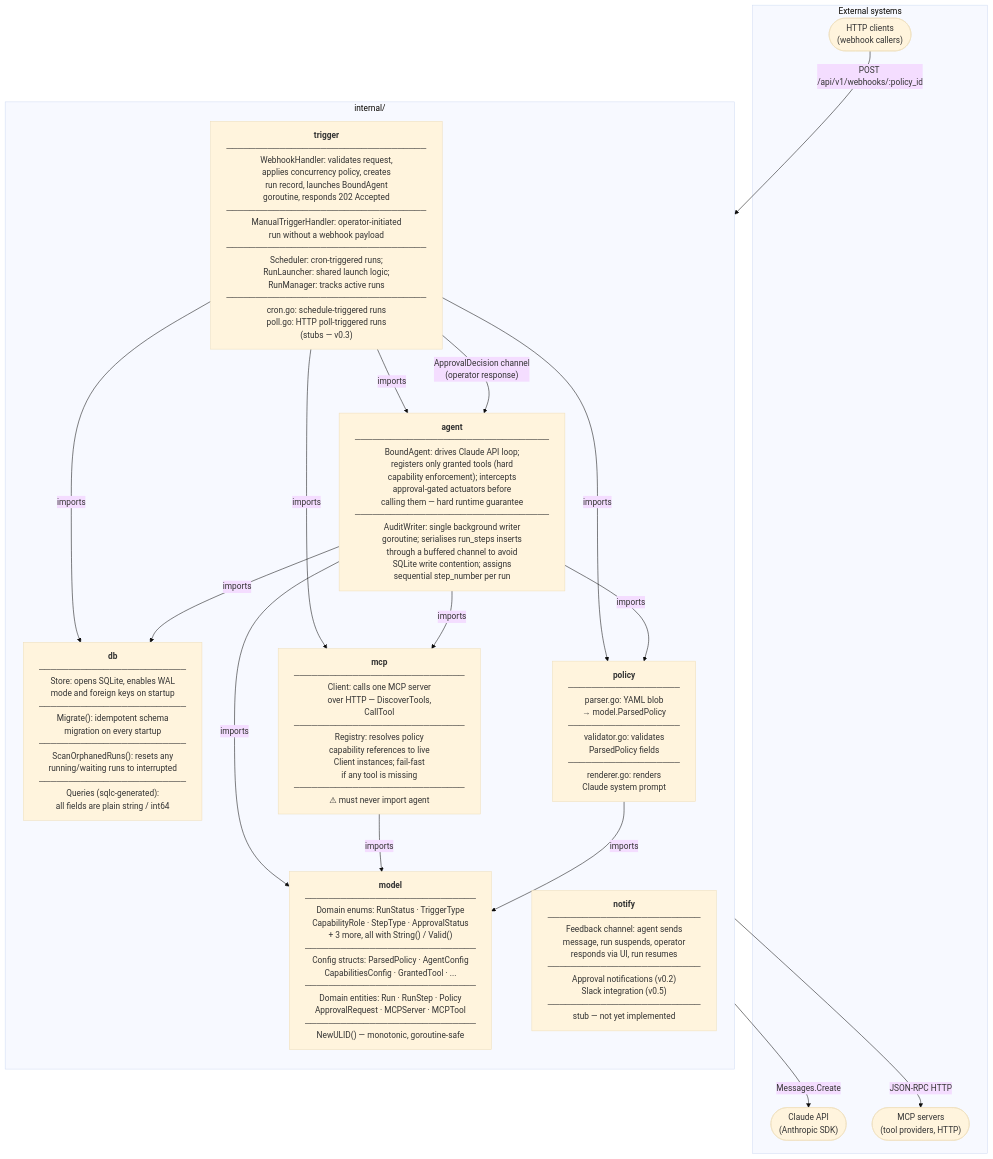
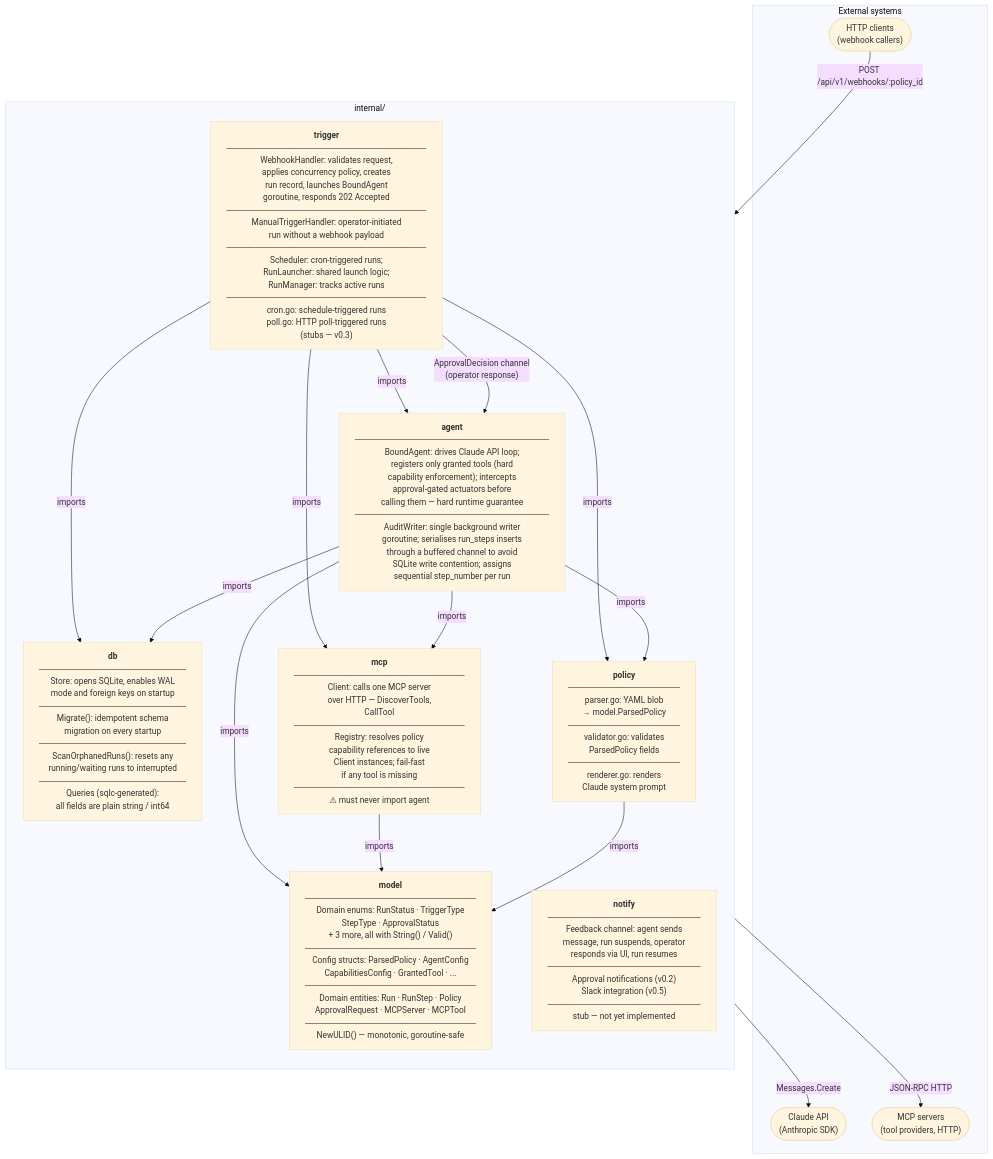
One commit to Felag-Engineering/gleipnir changed the first of 2 diagrams in docs/architecture.md. Above: the diagram before and after it, drawn with Mermaid (base theme). The commit also changed 54 other files, not shown here.

First line of the commit message:
feat: remove capability_role from MCP tools (#436) (#464)

````diff
--- a/docs/architecture.md
+++ b/docs/architecture.md
@@ -7,52 +7,52 @@
 ```mermaid
 graph TD
     subgraph ext["External systems"]
         HTTP(["HTTP clients\n(webhook callers)"])
         CLAUDE(["Claude API\n(Anthropic SDK)"])
         MCPEXT(["MCP servers\n(tool providers, HTTP)"])
     end
 
     subgraph pkgs["internal/"]
         direction TB
 
-        MODEL["<b>model</b><br/>─────────────────────────────<br/>Domain enums: RunStatus · TriggerType<br/>CapabilityRole · StepType · ApprovalStatus<br/>+ 3 more, all with String() / Valid()<br/>─────────────────────────────<br/>Config structs: ParsedPolicy · AgentConfig<br/>CapabilitiesConfig · GrantedTool · ...<br/>─────────────────────────────<br/>Domain entities: Run · RunStep · Policy<br/>ApprovalRequest · MCPServer · MCPTool<br/>─────────────────────────────<br/>NewULID() — monotonic, goroutine-safe"]
+        MODEL["<b>model</b><br/>─────────────────────────────<br/>Domain enums: RunStatus · TriggerType<br/>StepType · ApprovalStatus<br/>+ 3 more, all with String() / Valid()<br/>─────────────────────────────<br/>Config structs: ParsedPolicy · AgentConfig<br/>CapabilitiesConfig · GrantedTool · ...<br/>─────────────────────────────<br/>Domain entities: Run · RunStep · Policy<br/>ApprovalRequest · MCPServer · MCPTool<br/>─────────────────────────────<br/>NewULID() — monotonic, goroutine-safe"]
 
         DB["<b>db</b><br/>─────────────────────────<br/>Store: opens SQLite, enables WAL<br/>mode and foreign keys on startup<br/>─────────────────────────<br/>Migrate(): idempotent schema<br/>migration on every startup<br/>─────────────────────────<br/>ScanOrphanedRuns(): resets any<br/>running/waiting runs to interrupted<br/>─────────────────────────<br/>Queries (sqlc-generated):<br/>all fields are plain string / int64"]
 
         POLICY["<b>policy</b><br/>───────────────────<br/>parser.go: YAML blob<br/>→ model.ParsedPolicy<br/>───────────────────<br/>validator.go: validates<br/>ParsedPolicy fields<br/>───────────────────<br/>renderer.go: renders<br/>Claude system prompt"]
 
         MCP["<b>mcp</b><br/>─────────────────────────────<br/>Client: calls one MCP server<br/>over HTTP — DiscoverTools,<br/>CallTool<br/>─────────────────────────────<br/>Registry: resolves policy<br/>capability references to live<br/>Client instances; fail-fast<br/>if any tool is missing<br/>─────────────────────────────<br/>⚠ must never import agent"]
 
         AGENT["<b>agent</b><br/>─────────────────────────────────<br/>BoundAgent: drives Claude API loop;<br/>registers only granted tools (hard<br/>capability enforcement); intercepts<br/>approval-gated actuators before<br/>calling them — hard runtime guarantee<br/>─────────────────────────────────<br/>AuditWriter: single background writer<br/>goroutine; serialises run_steps inserts<br/>through a buffered channel to avoid<br/>SQLite write contention; assigns<br/>sequential step_number per run"]
 
         TRIGGER["<b>trigger</b><br/>──────────────────────────────────<br/>WebhookHandler: validates request,<br/>applies concurrency policy, creates<br/>run record, launches BoundAgent<br/>goroutine, responds 202 Accepted<br/>──────────────────────────────────<br/>ManualTriggerHandler: operator-initiated<br/>run without a webhook payload<br/>──────────────────────────────────<br/>Scheduler: cron-triggered runs;<br/>RunLauncher: shared launch logic;<br/>RunManager: tracks active runs<br/>──────────────────────────────────<br/>cron.go: schedule-triggered runs<br/>poll.go: HTTP poll-triggered runs<br/>(stubs — v0.3)"]
 
         NOTIFY["<b>notify</b><br/>──────────────────────────<br/>Feedback channel: agent sends<br/>message, run suspends, operator<br/>responds via UI, run resumes<br/>──────────────────────────<br/>Approval notifications (v0.2)<br/>Slack integration (v0.5)<br/>──────────────────────────<br/>stub — not yet implemented"]
     end
 
     %% External → trigger
     HTTP -->|"POST /api/v1/webhooks/:policy_id"| TRIGGER
 
     %% trigger → internal
     TRIGGER -->|imports| DB
     TRIGGER -->|imports| POLICY
     TRIGGER -->|imports| MCP
     TRIGGER -->|imports| AGENT
 
     %% agent → external + internal
     AGENT -->|"Messages.Create"| CLAUDE
     AGENT -->|imports| MCP
     AGENT -->|imports| MODEL
     AGENT -->|imports| POLICY
     AGENT -->|imports| DB
 
     %% mcp → external + model
     MCP -->|"JSON-RPC HTTP"| MCPEXT
     MCP -->|imports| MODEL
 
     %% policy → model
     POLICY -->|imports| MODEL
 
     %% approval flow
     TRIGGER -->|"ApprovalDecision channel\n(operator response)"| AGENT
 ```
````
